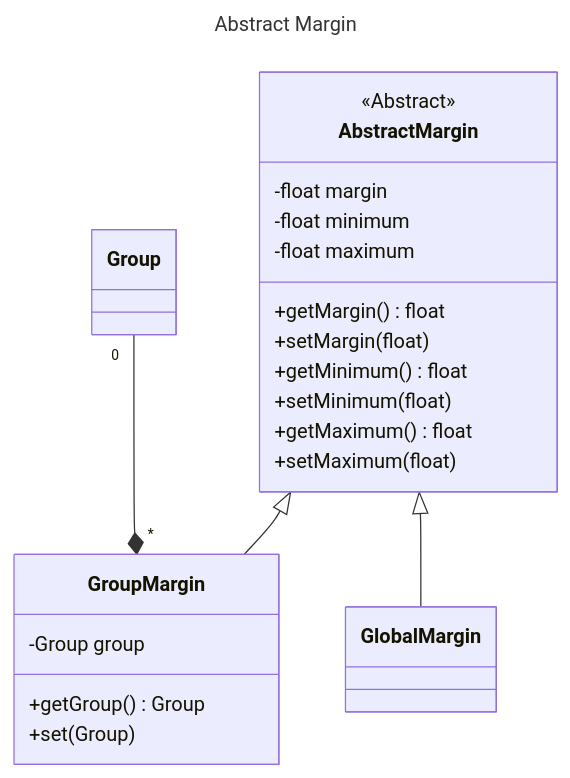
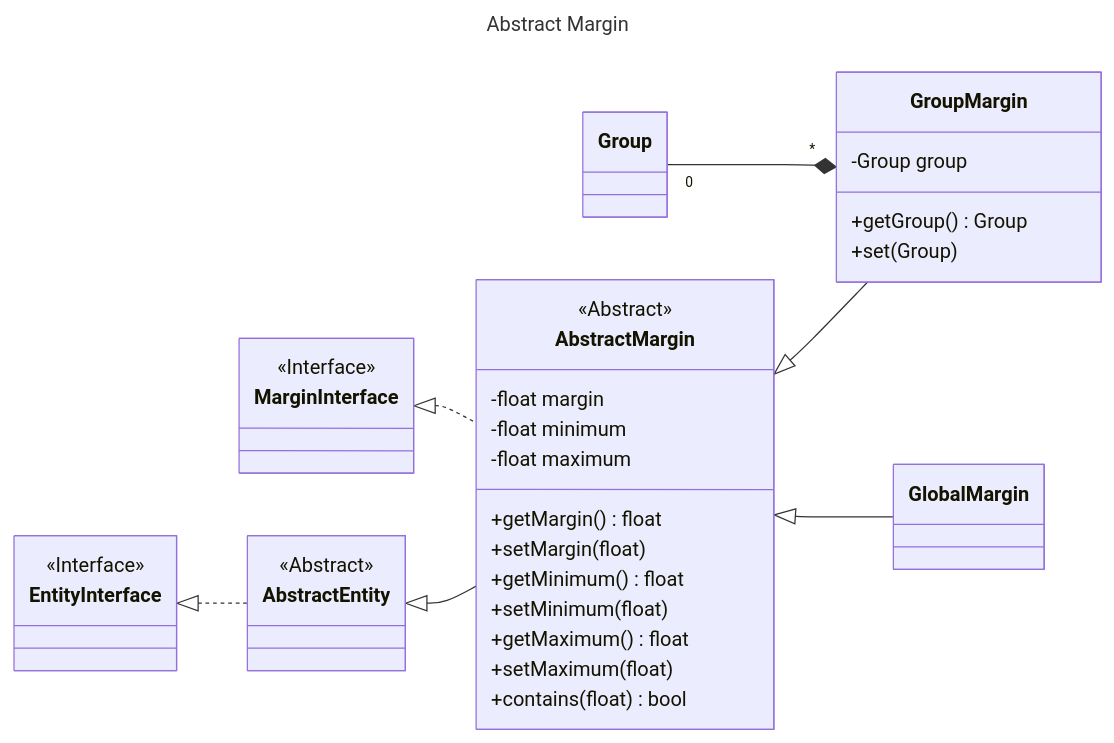
One commit to laurentmuller/calculation changed the diagram in resources/diagram/abstract_margin.mmd. Above: the diagram before and after it, drawn with Mermaid. The commit also changed 19 other files, not shown here.

Commit message:
Updated CSS and JS diagram.

```diff
--- a/resources/diagram/abstract_margin.mmd
+++ b/resources/diagram/abstract_margin.mmd
@@ -1,36 +1,55 @@
 ---
 title: Abstract Margin
 ---
 classDiagram
-    direction TB
+    direction LR
+
+    class MarginInterface {
+        <<Interface>>
+    }
 
     class AbstractMargin {
         <<Abstract>>
         -float margin
         -float minimum
         -float maximum
         +getMargin() float
         +setMargin(float)
         +getMinimum() float
         +setMinimum(float)
         +getMaximum() float
         +setMaximum(float)
+        +contains(float) bool
     }
 
     class GroupMargin {
         -Group group
         +getGroup() Group
         +set(Group)
     }
 
     class GlobalMargin {
     }
 
     class Group {
     }
 
+    class AbstractEntity {
+        <<Abstract>>
+    }
+
+    class EntityInterface {
+        <<Interface>>
+    }
+
+    EntityInterface <|.. AbstractEntity
+    AbstractEntity <|-- AbstractMargin
+    MarginInterface <|.. AbstractMargin
     AbstractMargin <|-- GroupMargin
     AbstractMargin <|-- GlobalMargin
     Group "0" --* "*" GroupMargin
 
+    click MarginInterface call nodeCallback()
+    click EntityInterface call nodeCallback()
+    click AbstractEntity call nodeCallback()
     click Group call nodeCallback()
```
